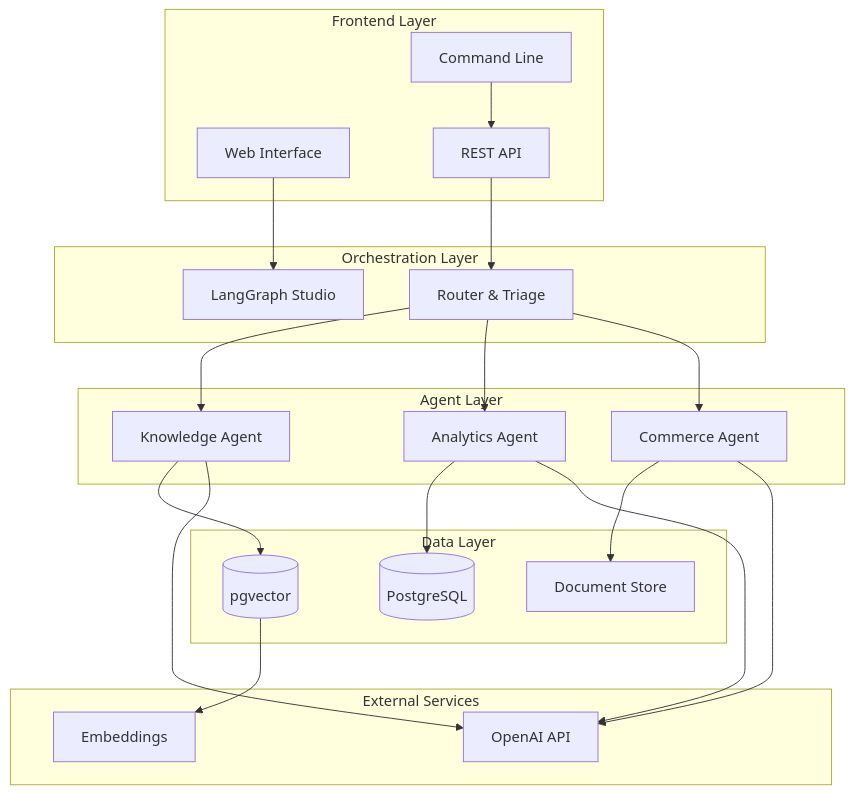
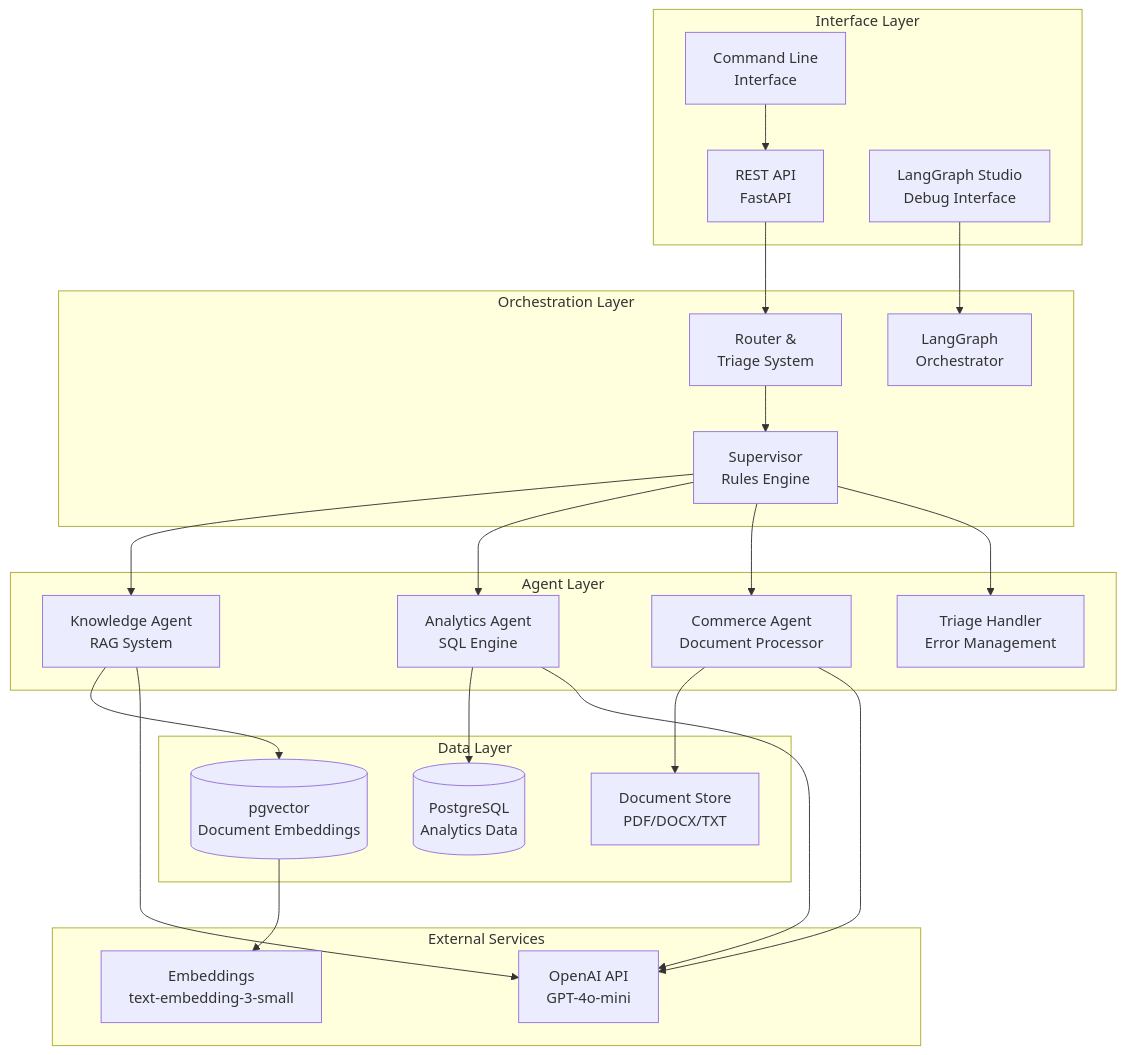
Before and after one commit to amcerri/apllos-generativeai-challenge: the diagram in README.md, drawn with Mermaid. The commit also changed other lines of this file and 5 other files, not shown here.

````diff
--- a/README.md
+++ b/README.md
@@ -52,44 +57,48 @@
 ```mermaid
 graph TB
-    subgraph "Frontend Layer"
-        UI[Web Interface]
-        CLI[Command Line]
-        API[REST API]
+    subgraph "Interface Layer"
+        CLI[Command Line<br/>Interface]
+        API[REST API<br/>FastAPI]
+        STUDIO[LangGraph Studio<br/>Debug Interface]
     end
     
     subgraph "Orchestration Layer"
-        LG[LangGraph Studio]
-        RT[Router & Triage]
+        LG[LangGraph<br/>Orchestrator]
+        RT[Router &<br/>Triage System]
+        SP[Supervisor<br/>Rules Engine]
     end
     
     subgraph "Agent Layer"
-        KA[Knowledge Agent]
-        AA[Analytics Agent]
-        CA[Commerce Agent]
+        KA[Knowledge Agent<br/>RAG System]
+        AA[Analytics Agent<br/>SQL Engine]
+        CA[Commerce Agent<br/>Document Processor]
+        TR[Triage Handler<br/>Error Management]
     end
     
     subgraph "Data Layer"
-        PG[(PostgreSQL)]
-        VEC[(pgvector)]
-        DOCS[Document Store]
+        PG[(PostgreSQL<br/>Analytics Data)]
+        VEC[(pgvector<br/>Document Embeddings)]
+        DOCS[Document Store<br/>PDF/DOCX/TXT]
     end
     
     subgraph "External Services"
-        OAI[OpenAI API]
-        EMB[Embeddings]
+        OAI[OpenAI API<br/>GPT-4o-mini]
+        EMB[Embeddings<br/>text-embedding-3-small]
     end
     
-    UI --> LG
     CLI --> API
+    STUDIO --> LG
     API --> RT
-    RT --> KA
-    RT --> AA
-    RT --> CA
+    RT --> SP
+    SP --> KA
+    SP --> AA
+    SP --> CA
+    SP --> TR
     KA --> VEC
     AA --> PG
     CA --> DOCS
     KA --> OAI
     AA --> OAI
     CA --> OAI
     VEC --> EMB
 ```
````
